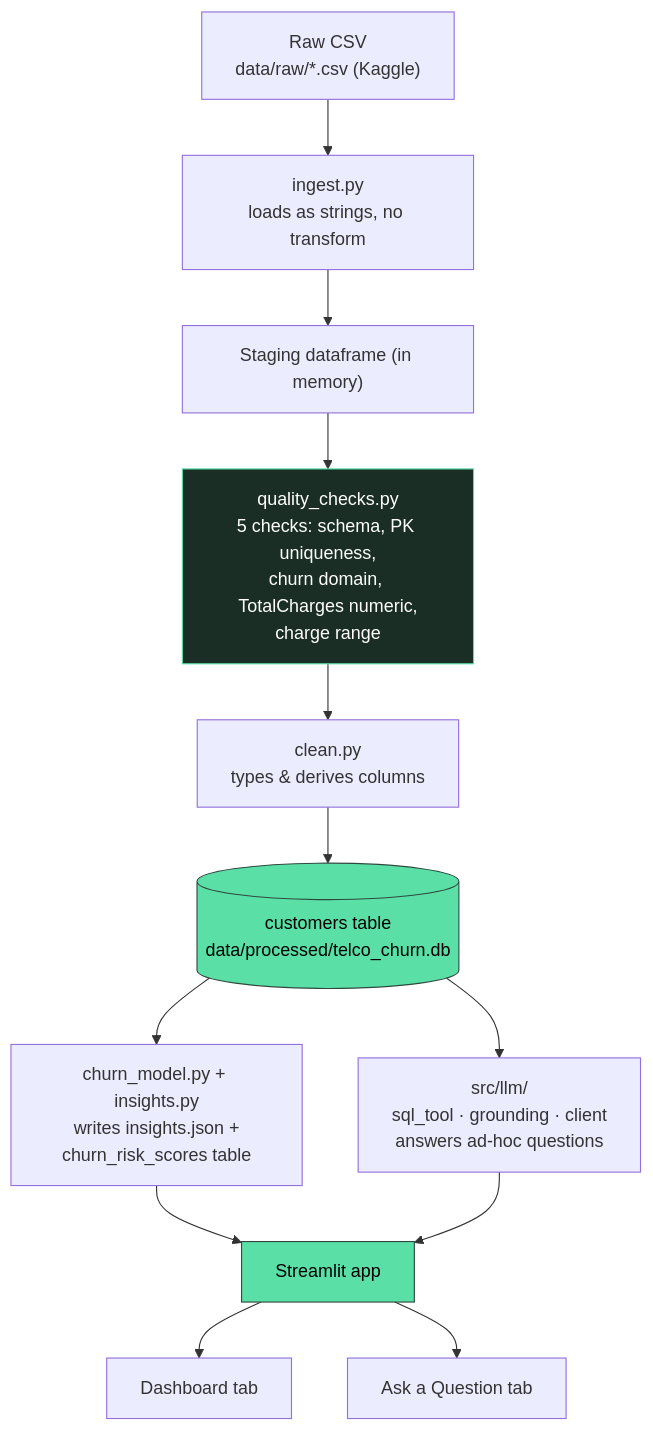
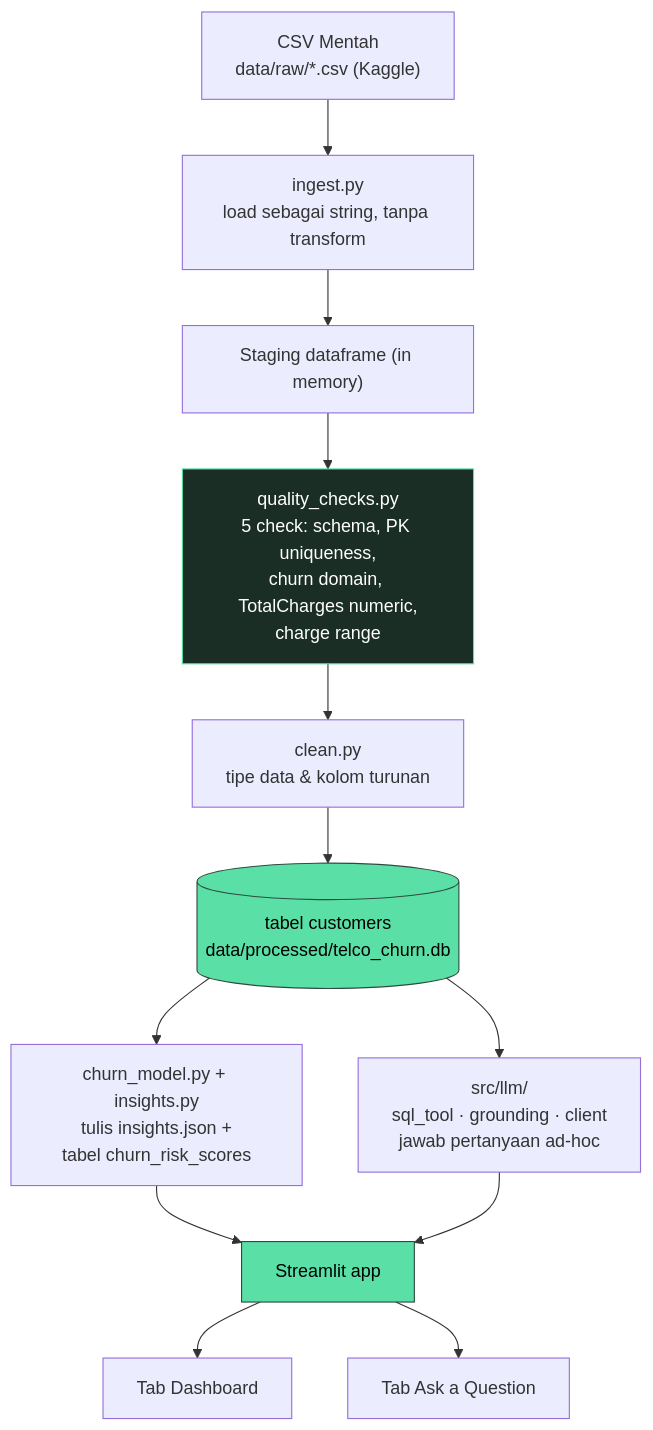
One commit to halizahasnia/telco-churn-analytics-mvp changed the diagram in docs/architecture.md. Above: the diagram before and after it, drawn with Mermaid. The commit also changed other lines of this file, not shown here.

First line of the commit message:
Translate architecture document to Indonesian

````diff
--- a/docs/architecture.md
+++ b/docs/architecture.md
@@ -9,20 +9,20 @@
 ```mermaid
 flowchart TD
-    A["Raw CSV<br/>data/raw/*.csv (Kaggle)"] --> B["ingest.py<br/>loads as strings, no transform"]
+    A["CSV Mentah<br/>data/raw/*.csv (Kaggle)"] --> B["ingest.py<br/>load sebagai string, tanpa transform"]
     B --> C["Staging dataframe (in memory)"]
-    C --> Q["quality_checks.py<br/>5 checks: schema, PK uniqueness,<br/>churn domain, TotalCharges numeric,<br/>charge range"]
-    Q --> D["clean.py<br/>types & derives columns"]
-    D --> E[("customers table<br/>data/processed/telco_churn.db")]
+    C --> Q["quality_checks.py<br/>5 check: schema, PK uniqueness,<br/>churn domain, TotalCharges numeric,<br/>charge range"]
+    Q --> D["clean.py<br/>tipe data & kolom turunan"]
+    D --> E[("tabel customers<br/>data/processed/telco_churn.db")]
 
-    E --> F["churn_model.py + insights.py<br/>writes insights.json +<br/>churn_risk_scores table"]
-    E --> G["src/llm/<br/>sql_tool · grounding · client<br/>answers ad-hoc questions"]
+    E --> F["churn_model.py + insights.py<br/>tulis insights.json +<br/>tabel churn_risk_scores"]
+    E --> G["src/llm/<br/>sql_tool · grounding · client<br/>jawab pertanyaan ad-hoc"]
 
     F --> H["Streamlit app"]
     G --> H
-    H --> H1["Dashboard tab"]
-    H --> H2["Ask a Question tab"]
+    H --> H1["Tab Dashboard"]
+    H --> H2["Tab Ask a Question"]
 
     style E fill:#5AE0A7,stroke:#2E4A3F,color:#000
     style H fill:#5AE0A7,stroke:#2E4A3F,color:#000
     style Q fill:#1a2e25,stroke:#5AE0A7,color:#fff
 ```
````
